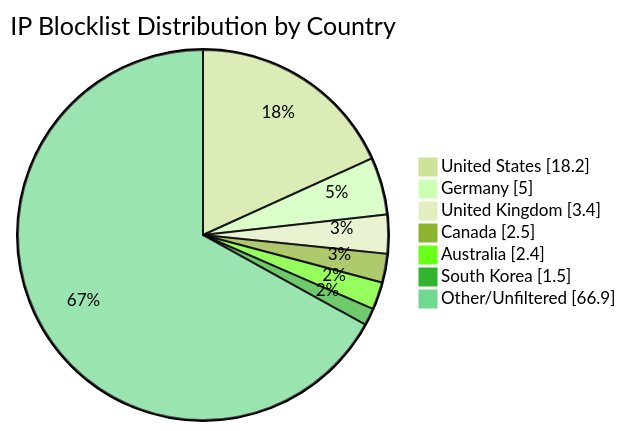
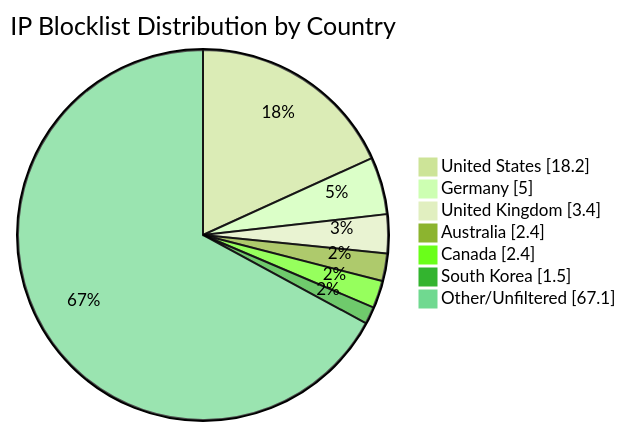
Before and after one commit to MarcusHoltz/ipblocklist-geofiltered-aggregator: the diagram in README.md, drawn with Mermaid (forest theme). The commit also changed other lines of this file and 9 other files, not shown here.

````diff
--- a/README.md
+++ b/README.md
@@ -34,10 +34,10 @@
 ```mermaid
 pie showData title IP Blocklist Distribution by Country
 "United States" : 18.2
 "Germany" : 5.0
 "United Kingdom" : 3.4
-"Canada" : 2.5
 "Australia" : 2.4
+"Canada" : 2.4
 "South Korea" : 1.5
-"Other/Unfiltered" : 66.9
+"Other/Unfiltered" : 67.1
 ```
````
